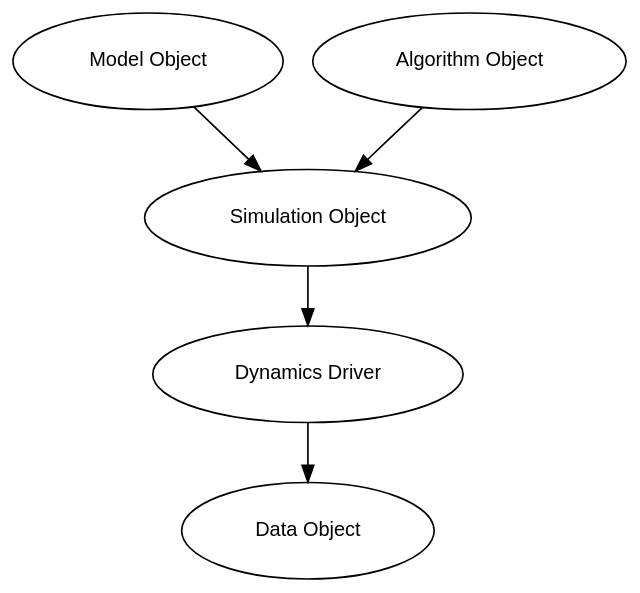
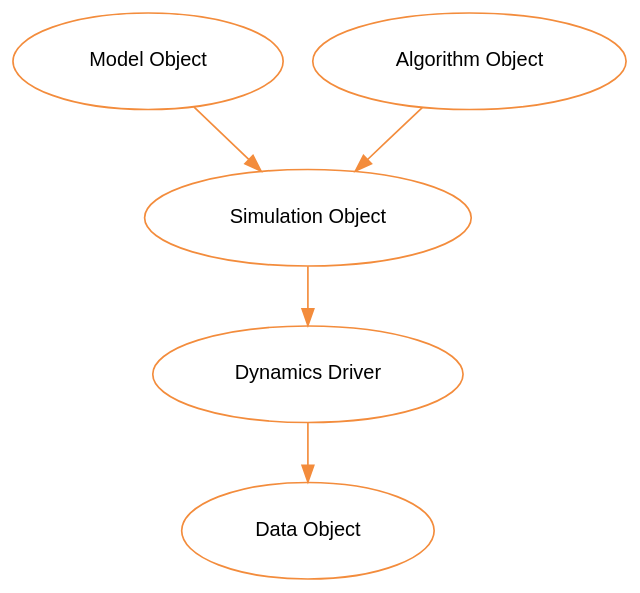
One commit to tempelaar-team/qclab-dev changed the diagram in docs/interactive_docs/overview/overview.rst. Above: the diagram before and after it, drawn with Graphviz. The commit also changed other lines of this file and 2 other files, not shown here.

Commit message:
updated model overview documentation.

```diff
--- a/docs/interactive_docs/overview/overview.rst
+++ b/docs/interactive_docs/overview/overview.rst
@@ -21,23 +21,26 @@
    .. graphviz::
 
       digraph flow {
         rankdir=TB;
         bgcolor="transparent";
 
         node [
           fontsize=12
           fontname="Helvetica, Arial, sans-serif"
           margin="0.3,0.2"
+          style=filled
+          fillcolor=white
+          color="#f38c3c"
         ];
 
         sim   [label="Simulation Object", URL="../../user_guide/simulation.html"];
         model [label="Model Object",      URL="../../user_guide/models/models.html"];
         algo  [label="Algorithm Object",  URL="../../user_guide/algorithms/algorithms.html"];
         driver[label="Dynamics Driver",   URL="../../user_guide/drivers/drivers.html"];
         data  [label="Data Object",       URL="../../user_guide/data_object.html"];
 
-        model -> sim;
-        algo  -> sim;
-        sim   -> driver;
-        driver-> data;
+        model -> sim [color="#f38c3c"];
+        algo  -> sim [color="#f38c3c"];
+        sim   -> driver [color="#f38c3c"];
+        driver-> data [color="#f38c3c"];
       }
```
